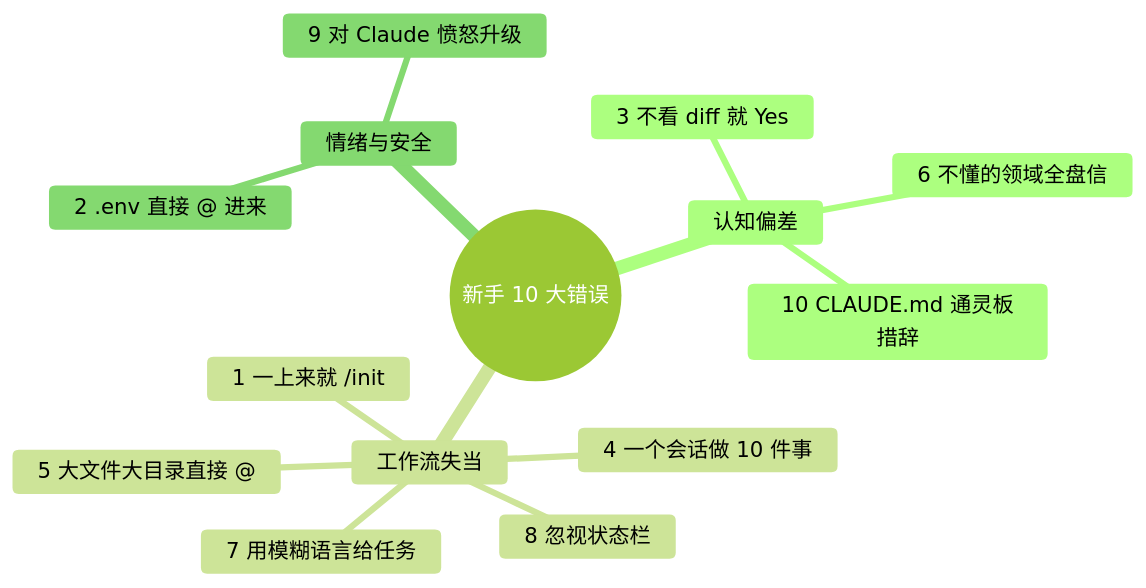
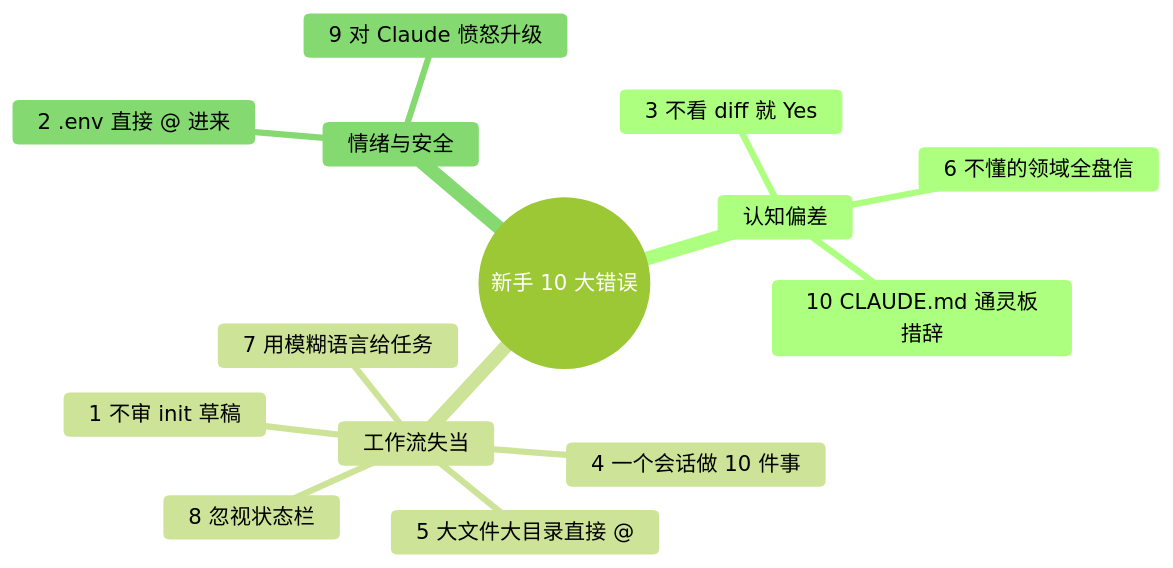
One commit to mali9527/claude-code-full-guide-for-beginners changed the second of 2 diagrams in manuscript/part4-避坑与判断力/16-新手10大错误.md. Above: the diagram before and after it, drawn with Mermaid. The commit also changed other lines of this file and 130 other files, not shown here.

````diff
--- a/manuscript/part4-避坑与判断力/16-新手10大错误.md
+++ b/manuscript/part4-避坑与判断力/16-新手10大错误.md
@@ -210,25 +215,25 @@
 ```mermaid
 ---
 config:
   theme: forest
   themeVariables:
     fontFamily: "-apple-system, 'SF Pro Text', 'PingFang SC', 'Helvetica Neue', sans-serif"
     fontSize: "17px"
     lineColor: "#D9D9D9"
 ---
 mindmap
   root((新手 10 大错误))
     认知偏差
       3 不看 diff 就 Yes
       6 不懂的领域全盘信
       10 CLAUDE.md 通灵板措辞
     工作流失当
-      1 一上来就 /init
+      1 不审 init 草稿
       4 一个会话做 10 件事
       5 大文件大目录直接 @
       7 用模糊语言给任务
       8 忽视状态栏
     情绪与安全
       2 .env 直接 @ 进来
       9 对 Claude 愤怒升级
 ```
````
